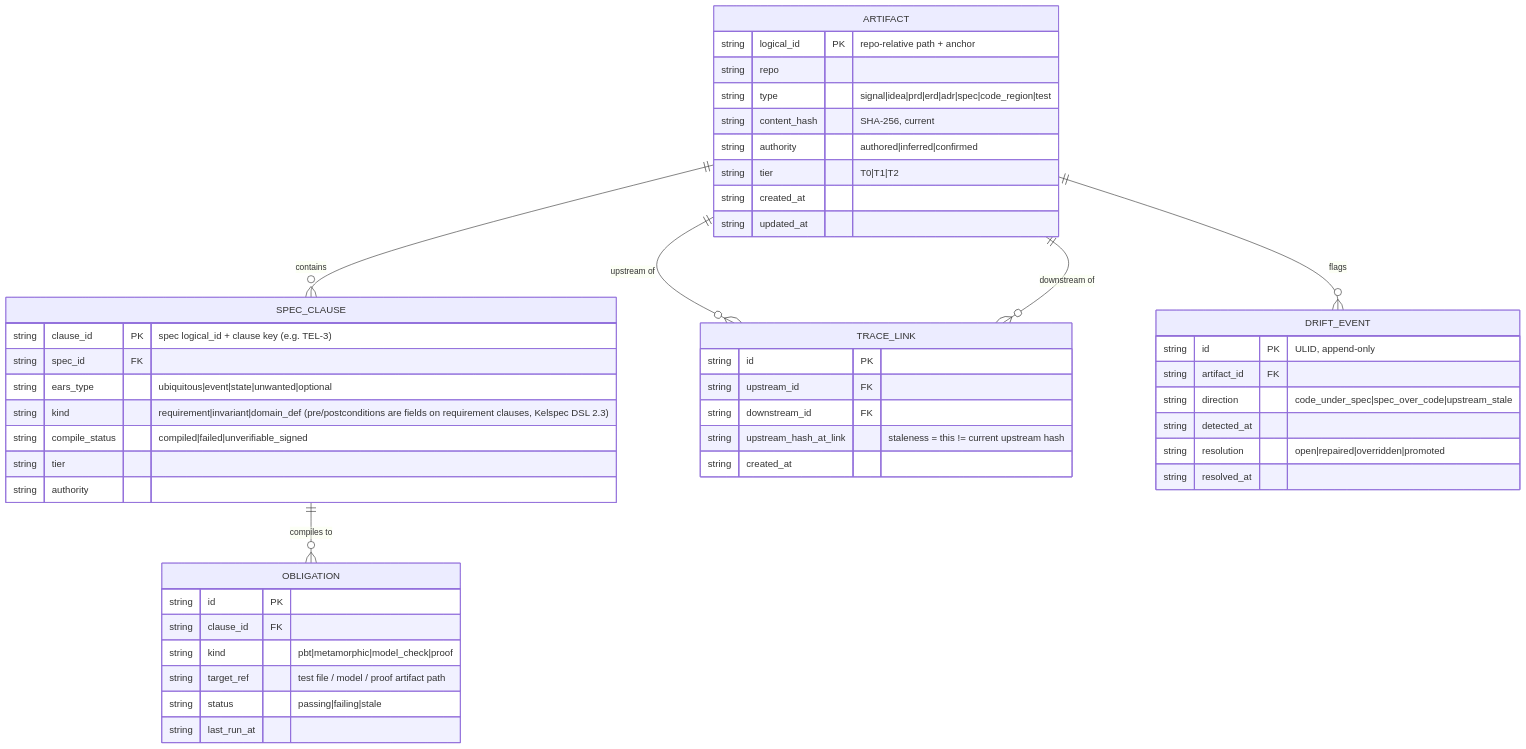
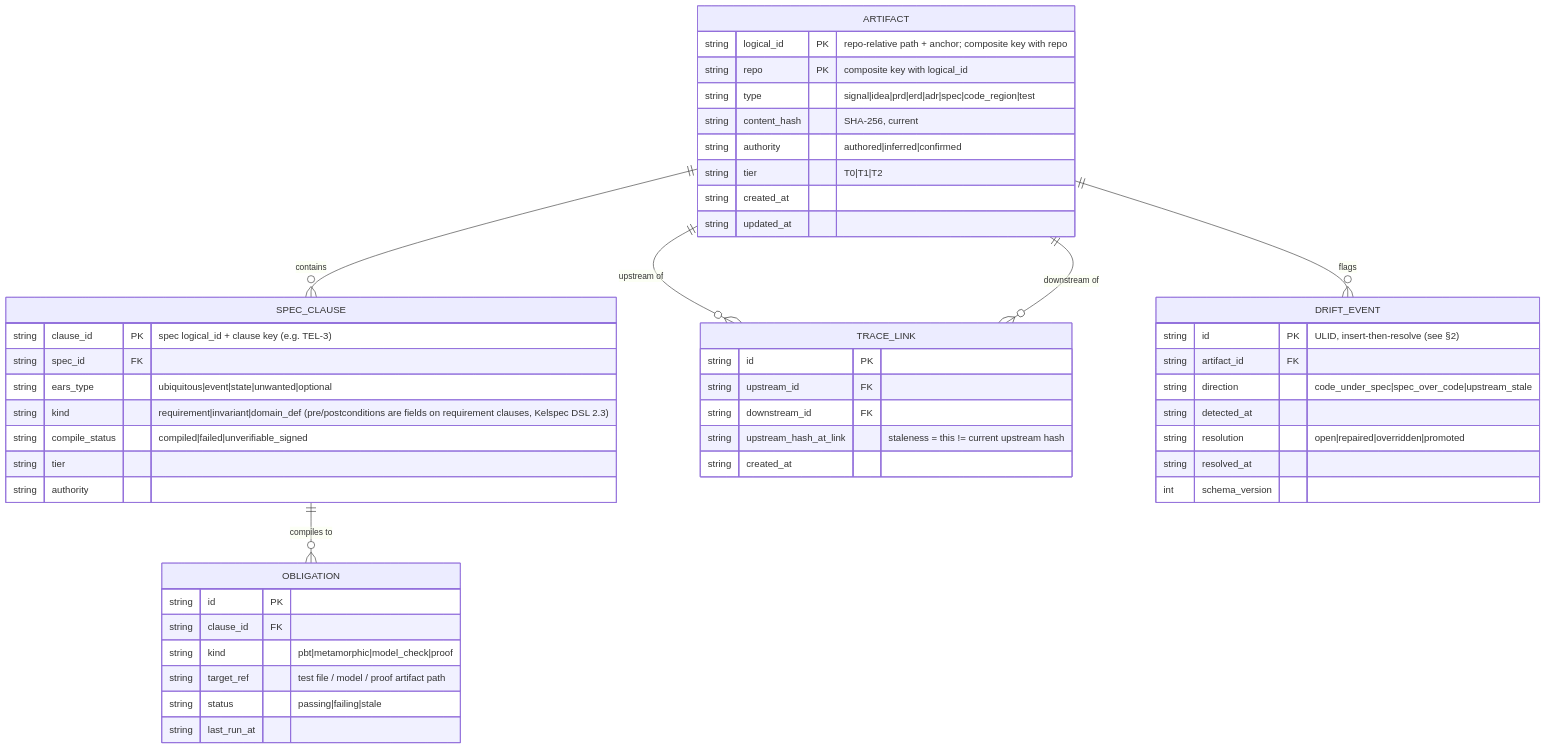
The first of 5 diagrams in docs/specs/2026-07-02-agent-harness-erd.md (BrendanShields/obligato), drawn with Mermaid before and after one commit. The commit also changed other lines of this file and 12 other files, not shown here.

````diff
--- a/docs/specs/2026-07-02-agent-harness-erd.md
+++ b/docs/specs/2026-07-02-agent-harness-erd.md
@@ -33,51 +33,52 @@
 ```mermaid
 erDiagram
     ARTIFACT ||--o{ SPEC_CLAUSE : contains
     SPEC_CLAUSE ||--o{ OBLIGATION : "compiles to"
     ARTIFACT ||--o{ TRACE_LINK : "upstream of"
     ARTIFACT ||--o{ TRACE_LINK : "downstream of"
     ARTIFACT ||--o{ DRIFT_EVENT : flags
 
     ARTIFACT {
-        string logical_id PK "repo-relative path + anchor"
-        string repo
+        string logical_id PK "repo-relative path + anchor; composite key with repo"
+        string repo PK "composite key with logical_id"
         string type "signal|idea|prd|erd|adr|spec|code_region|test"
         string content_hash "SHA-256, current"
         string authority "authored|inferred|confirmed"
         string tier "T0|T1|T2"
         string created_at
         string updated_at
     }
     SPEC_CLAUSE {
         string clause_id PK "spec logical_id + clause key (e.g. TEL-3)"
         string spec_id FK
         string ears_type "ubiquitous|event|state|unwanted|optional"
         string kind "requirement|invariant|domain_def (pre/postconditions are fields on requirement clauses, Kelspec DSL 2.3)"
         string compile_status "compiled|failed|unverifiable_signed"
         string tier
         string authority
     }
     OBLIGATION {
         string id PK
         string clause_id FK
         string kind "pbt|metamorphic|model_check|proof"
         string target_ref "test file / model / proof artifact path"
         string status "passing|failing|stale"
         string last_run_at
     }
     TRACE_LINK {
         string id PK
         string upstream_id FK
         string downstream_id FK
         string upstream_hash_at_link "staleness = this != current upstream hash"
         string created_at
     }
     DRIFT_EVENT {
-        string id PK "ULID, append-only"
+        string id PK "ULID, insert-then-resolve (see §2)"
         string artifact_id FK
         string direction "code_under_spec|spec_over_code|upstream_stale"
         string detected_at
         string resolution "open|repaired|overridden|promoted"
         string resolved_at
+        int schema_version
     }
 ```
````
